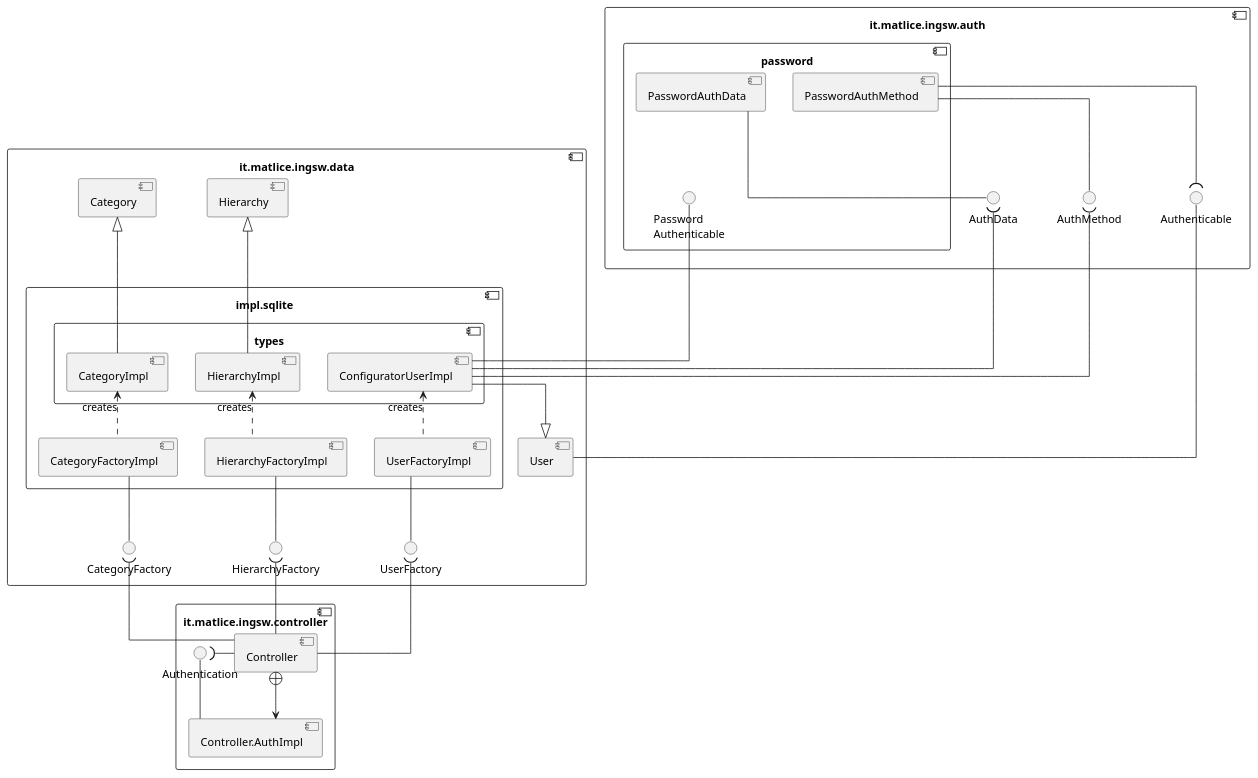
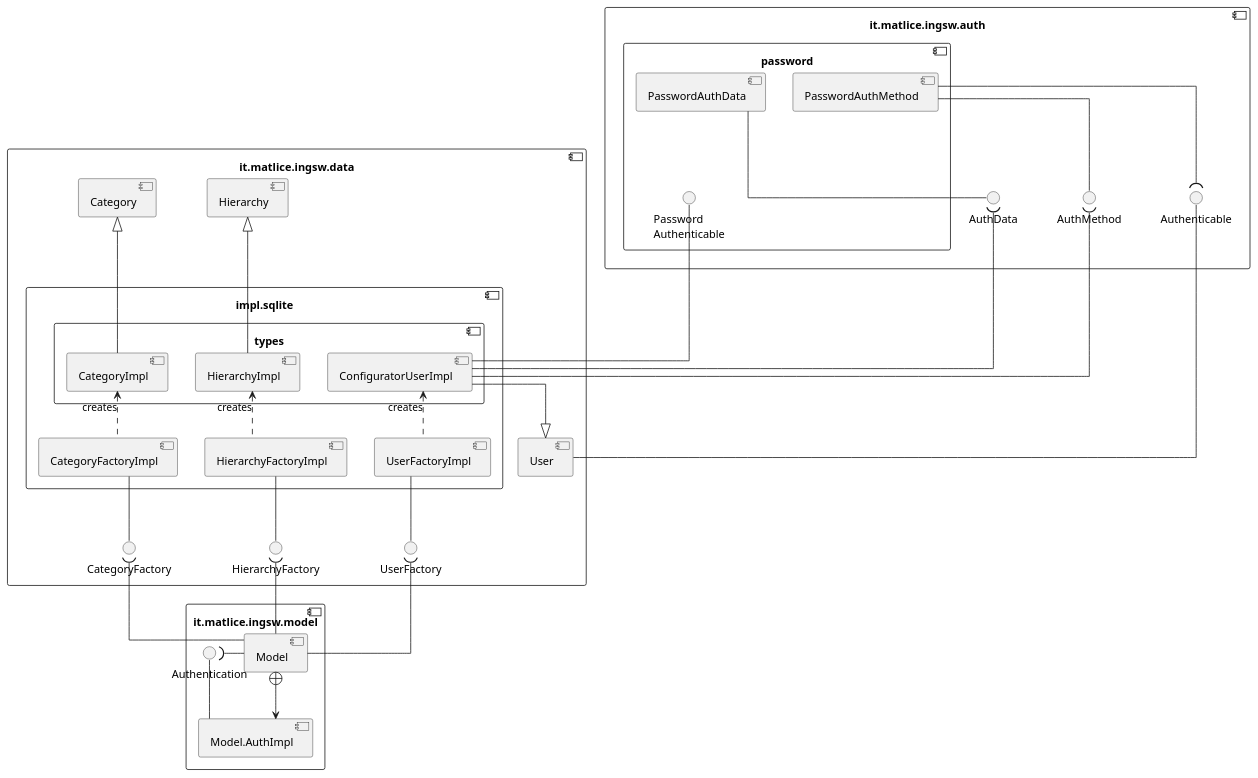
Before and after one commit to Matlice/ing_sw_2022: the diagram in DOC/VER1/diagrams/component/diagramma_componenti.puml, drawn with PlantUML. The commit also changed 27 other files, not shown here.

Commit message:
cleanup, aggiunta specificazione v3, controller -> model :)

```diff
--- a/DOC/VER1/diagrams/component/diagramma_componenti.puml
+++ b/DOC/VER1/diagrams/component/diagramma_componenti.puml
@@ -1,67 +1,67 @@
 @startuml
 skinparam linetype ortho
 
 component it.matlice.ingsw.auth #FFFFFF{
     interface AuthMethod
     interface Authenticable
     interface AuthData
     component password #FFFFFF{
         interface "Password\nAuthenticable" as PasswordAuthenticable
         [PasswordAuthData] -- AuthData
         [PasswordAuthData] -[hidden]-( PasswordAuthenticable
         [PasswordAuthMethod] -- AuthMethod
         [PasswordAuthMethod] --( Authenticable
     } 
 } 
 
 component it.matlice.ingsw.data #FFFFFF{
 
     [User] -- Authenticable
     [Category]
     [Hierarchy]
 
     interface UserFactory
     interface CategoryFactory
     interface HierarchyFactory
 
     component impl.sqlite #FFFFFF{
         [UserFactoryImpl] -- UserFactory
         [CategoryFactoryImpl] -- CategoryFactory
         [HierarchyFactoryImpl] -- HierarchyFactory
 
         component types #FFFFFF{
             [ConfiguratorUserImpl] -up- PasswordAuthenticable
             [ConfiguratorUserImpl] -up-( AuthMethod
             [ConfiguratorUserImpl] -up-( AuthData
 
             [CategoryImpl]
             [HierarchyImpl]
         }
 
     }
 }
 
-component it.matlice.ingsw.controller #FFFFFF{
+component it.matlice.ingsw.model #FFFFFF{
 
     interface Authentication
 
-    [Controller.AuthImpl] -- Authentication
-    [Controller] -left( Authentication
+    [Model.AuthImpl] -- Authentication
+    [Model] -left( Authentication
 
-    [Controller] -up-( CategoryFactory
-    [Controller] -up-( HierarchyFactory
-    [Controller] -up-( UserFactory
+    [Model] -up-( CategoryFactory
+    [Model] -up-( HierarchyFactory
+    [Model] -up-( UserFactory
 }
 
-[Controller] +--> [Controller.AuthImpl]
+[Model] +--> [Model.AuthImpl]
 
 [UserFactoryImpl] .up.> [ConfiguratorUserImpl]: creates
 [CategoryFactoryImpl] .up.> [CategoryImpl]: creates
 [HierarchyFactoryImpl] .up.> [HierarchyImpl]: creates
 
 [ConfiguratorUserImpl] --|> User
 [CategoryImpl] -up-|> Category
 [HierarchyImpl] -up-|> Hierarchy
 
 
 @enduml
```
